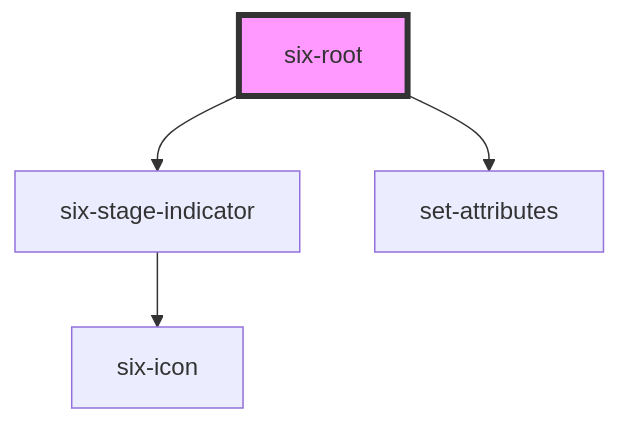
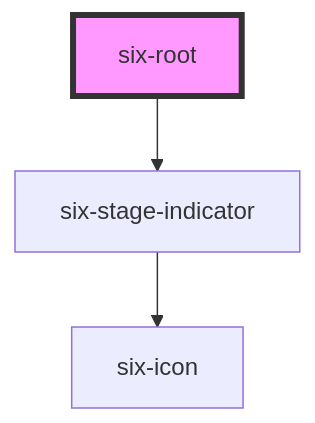
The diagram in docs/components/six-root.md (six-group/six-webcomponents), drawn with Mermaid before and after one commit. The commit also changed other lines of this file and 14 other files, not shown here.

Commit message:
fix(six-root): Remove logic to override the open state of the sidebar

````diff
--- a/docs/components/six-root.md
+++ b/docs/components/six-root.md
@@ -313,7 +304,6 @@
 ```mermaid
 graph TD;
   six-root --> six-stage-indicator
-  six-root --> set-attributes
   six-stage-indicator --> six-icon
   style six-root fill:#f9f,stroke:#333,stroke-width:4px
 ```
````
